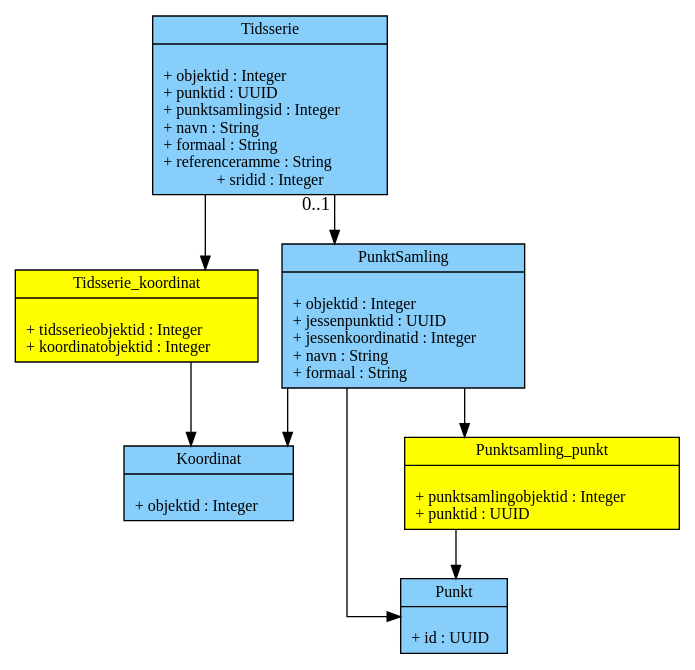
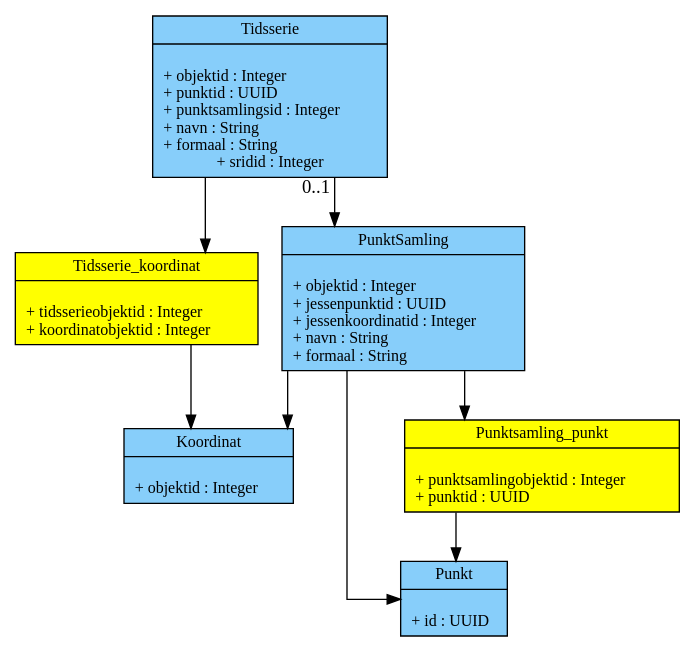
Before and after one commit to SDFIdk/FIRE: the fifth of 6 diagrams in docs/datamodel.rst, drawn with Graphviz. The commit also changed other lines of this file, not shown here.

Commit message:
Ret datamodel diagram i sphinx-dokumentation

```diff
--- a/docs/datamodel.rst
+++ b/docs/datamodel.rst
@@ -488,79 +489,78 @@
 .. graphviz::
     :name: Tidsserie
     :caption: Tidsserier og PunktSamlinger
     :align: center
 
         digraph "Tidsserier" {
             node [shape=record, fontname="Verdana", fontsize="12"];
             graph [splines=ortho];
 
             Tidsserie [
                 fillcolor = lightskyblue
                 style = filled
                 label = "{Tidsserie|\l
                         + objektid : Integer\l
                         + punktid : UUID\l
                         + punktsamlingsid : Integer\l
                         + navn : String\l
                         + formaal : String\l
-                        + referenceramme : String\l
                         + sridid : Integer
                 }"
             ]
 
             Tidsserie_koordinat [
                 fillcolor = yellow
                 style = filled
                 label = "{Tidsserie_koordinat|\l
                         + tidsserieobjektid : Integer\l
                         + koordinatobjektid : Integer\l
                 }"
             ]
 
             Koordinat [
                 fillcolor = lightskyblue
                 style = filled
                 label = "{Koordinat|\l
                         + objektid : Integer\l
                 }"
             ]
 
             PunktSamling [
                 fillcolor = lightskyblue
                 style = filled
                 label = "{PunktSamling|\l
                     + objektid : Integer\l
                     + jessenpunktid : UUID\l
                     + jessenkoordinatid : Integer\l
                     + navn : String\l
                     + formaal : String\l
 
                 }"
             ]
 
             Punkt [
                 fillcolor = lightskyblue
                 style = filled
                 label = "{Punkt|\l
                     + id : UUID\l
 
                 }"
             ]
 
             Punktsamling_punkt [
                 fillcolor = yellow
                 style = filled
                 label = "{Punktsamling_punkt|\l
                         + punktsamlingobjektid : Integer\l
                         + punktid : UUID\l
                 }"
             ]
 
             Tidsserie -> Tidsserie_koordinat;
             Tidsserie_koordinat -> Koordinat;
             PunktSamling -> Punktsamling_punkt -> Punkt:n;
             PunktSamling -> Punkt
             PunktSamling -> Koordinat
             Tidsserie -> PunktSamling [taillabel = "0..1"]
 
         }
```
